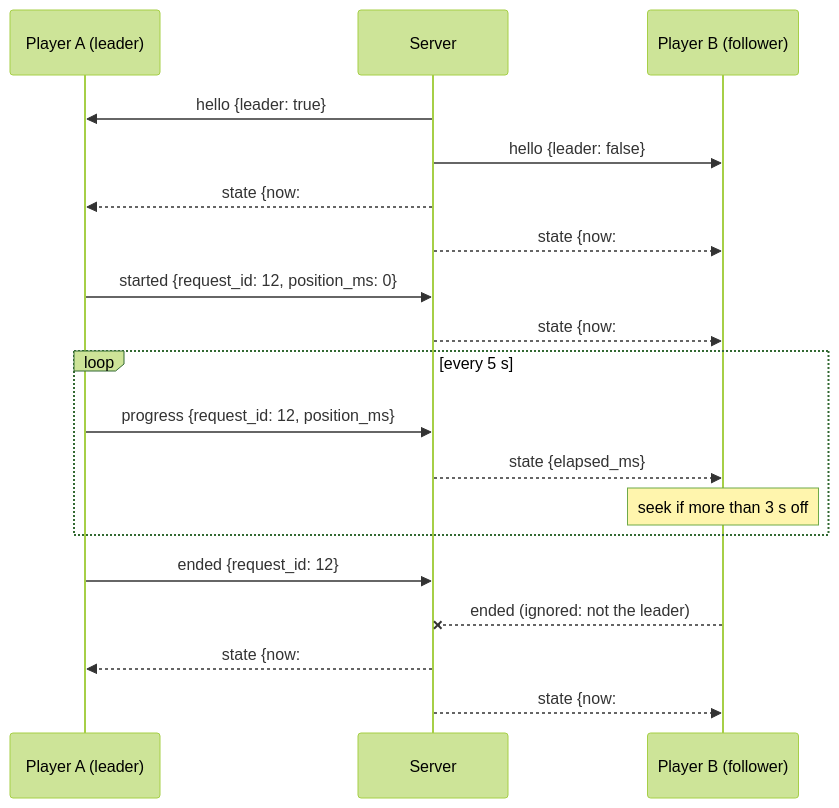
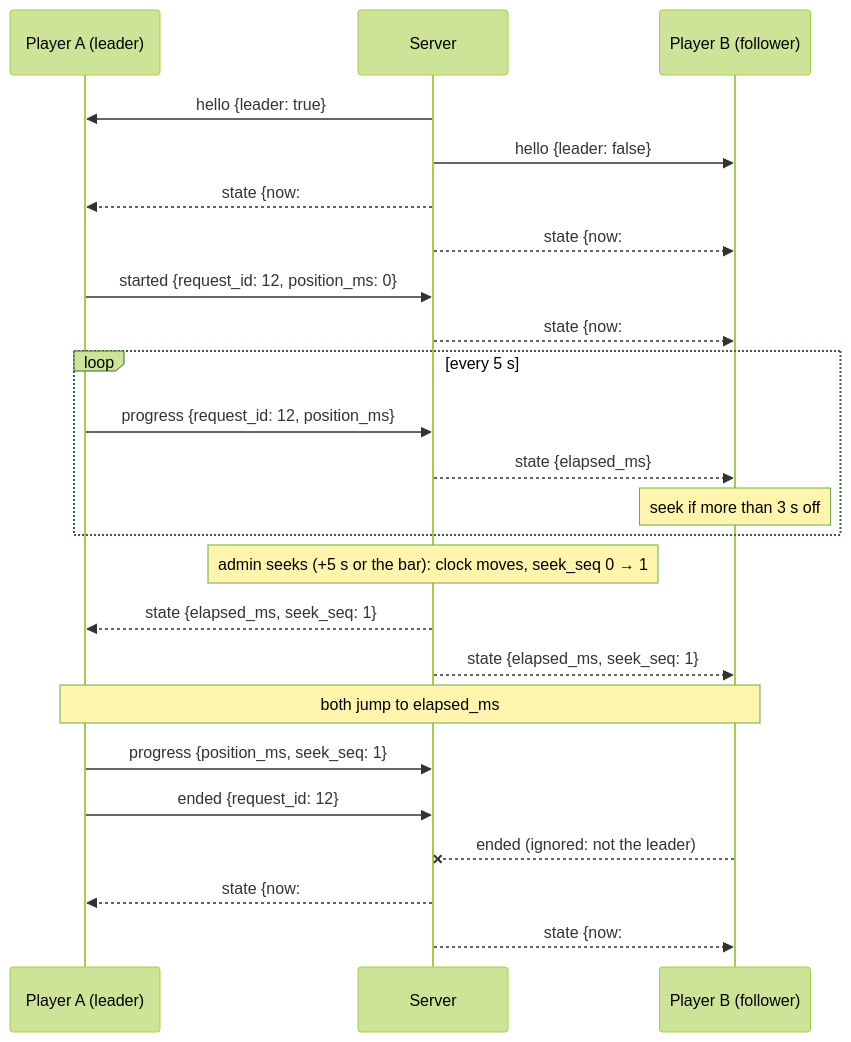
One commit to NatLee/streaming-player changed the diagram in docs/architecture.md. Above: the diagram before and after it, drawn with Mermaid (forest theme). The commit also changed other lines of this file and 4 other files, not shown here.

````diff
--- a/docs/architecture.md
+++ b/docs/architecture.md
@@ -44,21 +44,26 @@
 ```mermaid
 sequenceDiagram
   participant L as Player A (leader)
   participant S as Server
   participant F as Player B (follower)
   S->>L: hello {leader: true}
   S->>F: hello {leader: false}
   S-->>L: state {now: #12, clock_started: false}
   S-->>F: state {now: #12, clock_started: false}
   L->>S: started {request_id: 12, position_ms: 0}
   S-->>F: state {now: #12, elapsed_ms: 0, clock_started: true}
   loop every 5 s
     L->>S: progress {request_id: 12, position_ms}
     S-->>F: state {elapsed_ms}
     Note over F: seek if more than 3 s off
   end
+  Note over S: admin seeks (+5 s or the bar): clock moves, seek_seq 0 → 1
+  S-->>L: state {elapsed_ms, seek_seq: 1}
+  S-->>F: state {elapsed_ms, seek_seq: 1}
+  Note over L,F: both jump to elapsed_ms
+  L->>S: progress {position_ms, seek_seq: 1}
   L->>S: ended {request_id: 12}
   F--xS: ended (ignored: not the leader)
   S-->>L: state {now: #13}
   S-->>F: state {now: #13}
 ```
````
